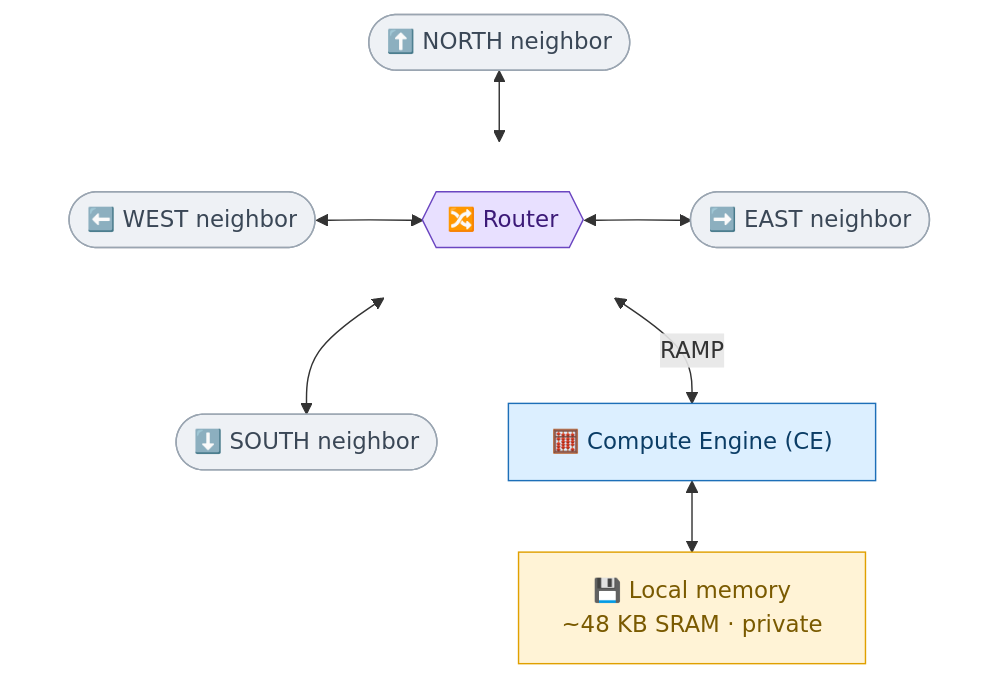
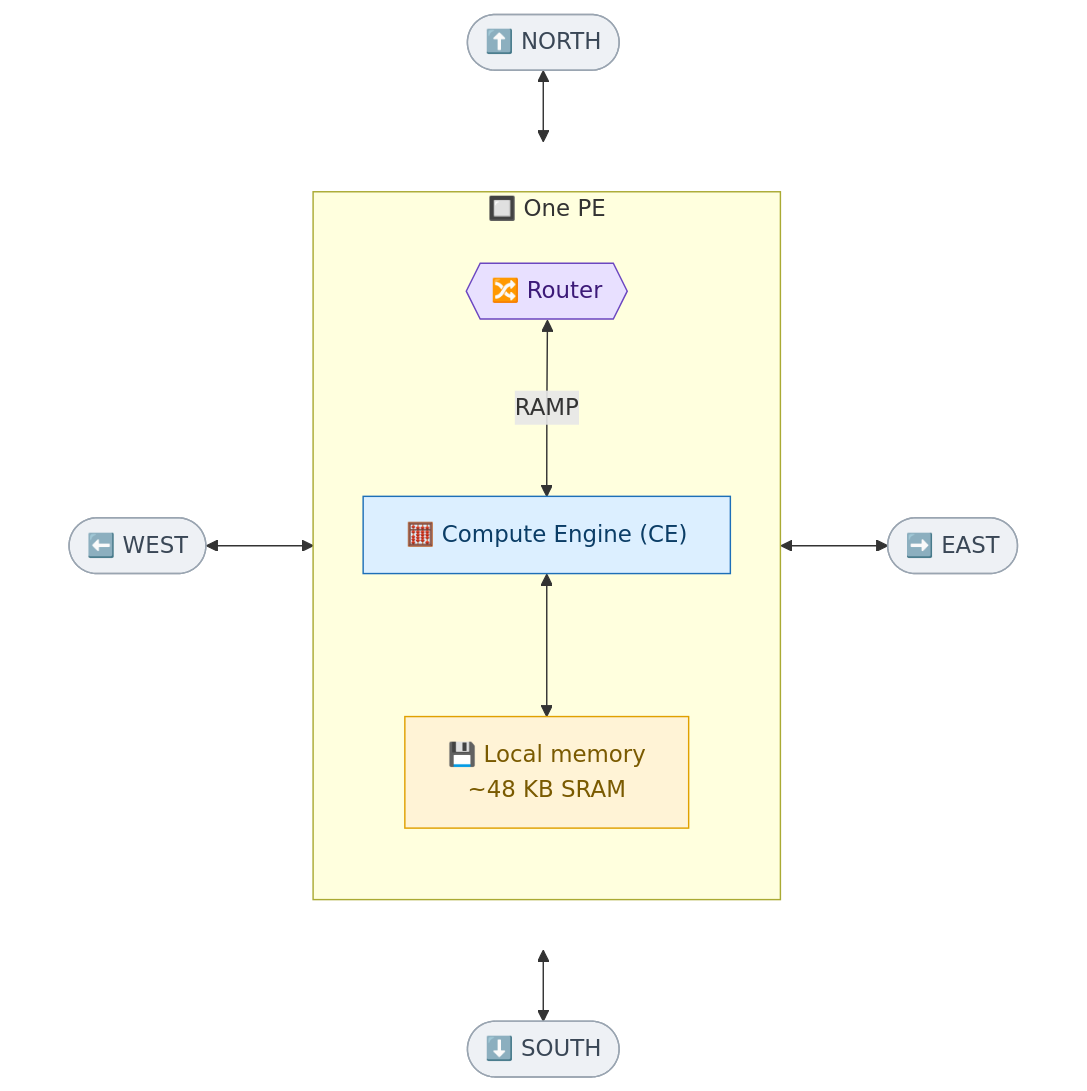
The first of 3 diagrams in 04_AI_testbed/Cerebras/CSL/README.md (vksastry/ATPESC_MachineLearning), drawn with Mermaid before and after one commit.

Commit message:
CSL README: box Router+CE+Memory as One PE; simple N/S/E/W labels

````diff
--- a/04_AI_testbed/Cerebras/CSL/README.md
+++ b/04_AI_testbed/Cerebras/CSL/README.md
@@ -39,22 +39,31 @@
 ```mermaid
 flowchart TB
-    N(["⬆️ NORTH neighbor"])
-    subgraph fabric[" "]
+    N(["⬆️ NORTH"])
+    subgraph row[" "]
       direction LR
-      W(["⬅️ WEST neighbor"]) <--> R{{"🔀 Router"}} <--> E(["➡️ EAST neighbor"])
+      W(["⬅️ WEST"])
+      subgraph PE["🔲 One PE"]
+        direction TB
+        R{{"🔀 Router"}}
+        CE["🧮 Compute Engine (CE)"]
+        MEM["💾 Local memory<br/>~48 KB SRAM"]
+        R <-->|"RAMP"| CE
+        CE <--> MEM
+      end
+      E(["➡️ EAST"])
+      W <--> R
+      R <--> E
     end
-    S(["⬇️ SOUTH neighbor"])
+    S(["⬇️ SOUTH"])
     N <--> R
     R <--> S
-    R <-->|"RAMP"| CE["🧮 Compute Engine (CE)"]
-    CE <--> MEM["💾 Local memory<br/>~48 KB SRAM · private"]
-    style fabric fill:transparent,stroke:transparent
+    style row fill:transparent,stroke:transparent
     classDef router fill:#e8e0ff,stroke:#6b46c1,color:#3c1a78
     classDef ce fill:#dcefff,stroke:#1d6fb8,color:#0b3d66
     classDef mem fill:#fff3d6,stroke:#e0a000,color:#7a5a00
     classDef nbr fill:#eef1f5,stroke:#9aa5b1,color:#3a4756
     class R router
     class CE ce
     class MEM mem
     class N,S,W,E nbr
 ```
````
